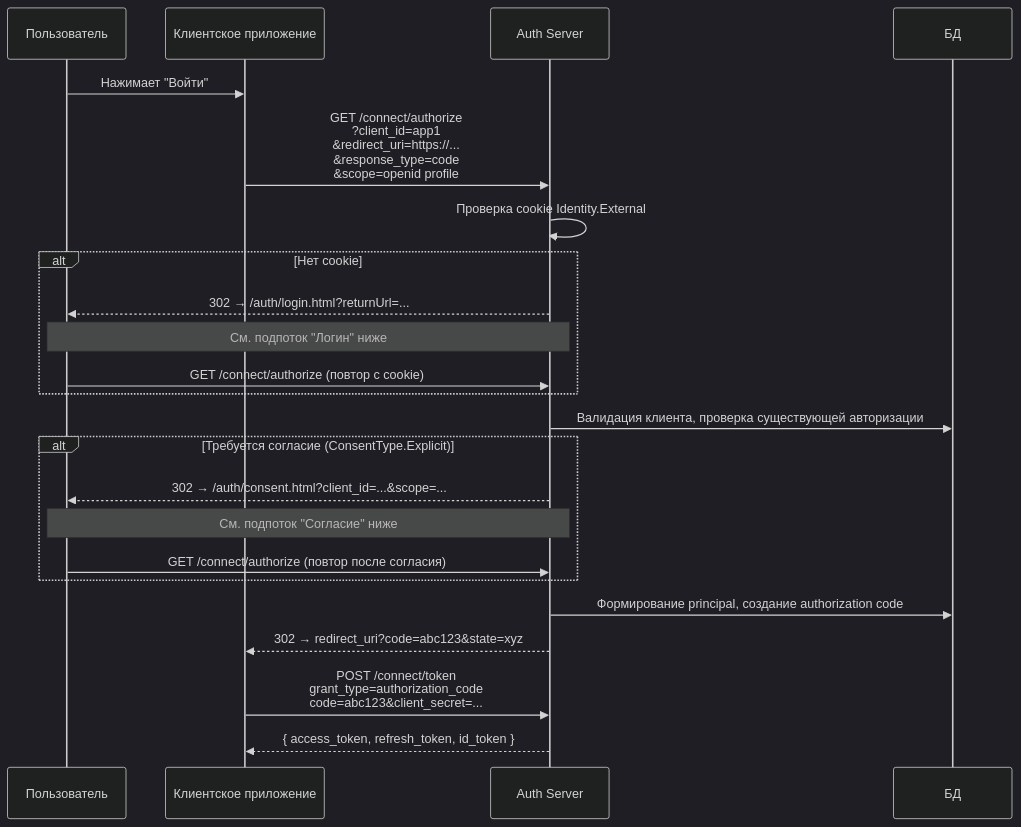
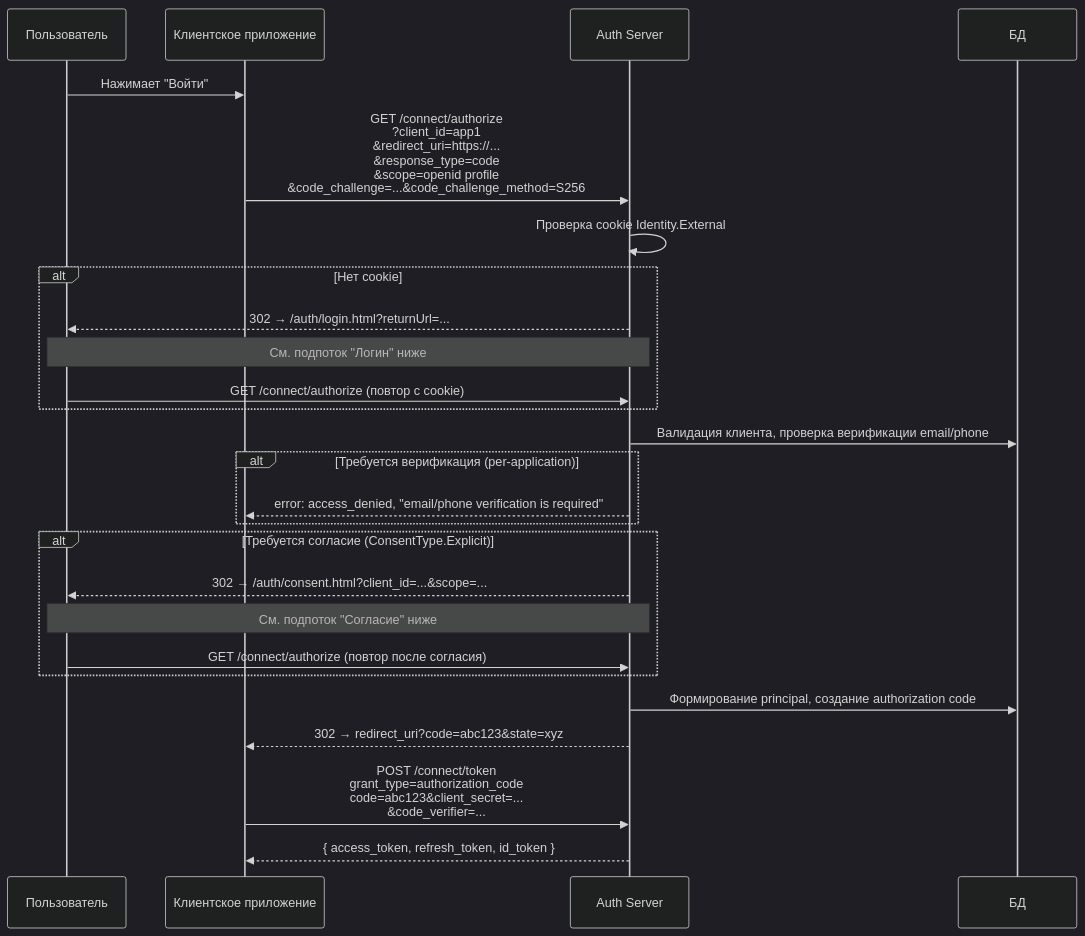
The first of 14 diagrams in docs/authentication-flows.md (talerok/auth-service-2), drawn with Mermaid (dark theme) before and after one commit. The commit also changed other lines of this file and 4 other files, not shown here.

````diff
--- a/docs/authentication-flows.md
+++ b/docs/authentication-flows.md
@@ -22,30 +31,34 @@
 ```mermaid
 sequenceDiagram
     participant U as Пользователь
     participant C as Клиентское приложение
     participant A as Auth Server
     participant DB as БД
 
     U->>C: Нажимает "Войти"
-    C->>A: GET /connect/authorize<br/>?client_id=app1<br/>&redirect_uri=https://...<br/>&response_type=code<br/>&scope=openid profile
+    C->>A: GET /connect/authorize<br/>?client_id=app1<br/>&redirect_uri=https://...<br/>&response_type=code<br/>&scope=openid profile<br/>&code_challenge=...&code_challenge_method=S256
 
     A->>A: Проверка cookie Identity.External
     alt Нет cookie
         A-->>U: 302 → /auth/login.html?returnUrl=...
         Note over U,A: См. подпоток "Логин" ниже
         U->>A: GET /connect/authorize (повтор с cookie)
     end
 
-    A->>DB: Валидация клиента, проверка существующей авторизации
+    A->>DB: Валидация клиента, проверка верификации email/phone
+    alt Требуется верификация (per-application)
+        A-->>C: error: access_denied, "email/phone verification is required"
+    end
+
     alt Требуется согласие (ConsentType.Explicit)
         A-->>U: 302 → /auth/consent.html?client_id=...&scope=...
         Note over U,A: См. подпоток "Согласие" ниже
         U->>A: GET /connect/authorize (повтор после согласия)
     end
 
     A->>DB: Формирование principal, создание authorization code
     A-->>C: 302 → redirect_uri?code=abc123&state=xyz
 
-    C->>A: POST /connect/token<br/>grant_type=authorization_code<br/>code=abc123&client_secret=...
+    C->>A: POST /connect/token<br/>grant_type=authorization_code<br/>code=abc123&client_secret=...<br/>&code_verifier=...
     A-->>C: { access_token, refresh_token, id_token }
 ```
````
